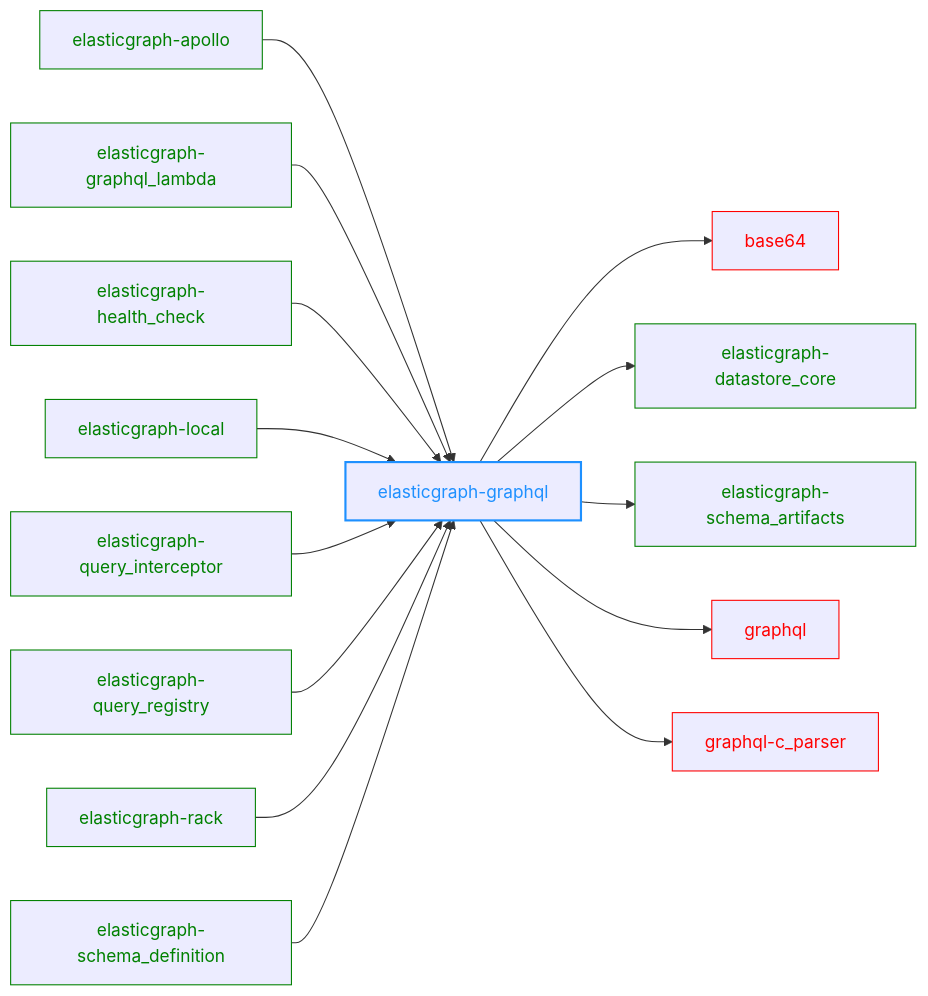
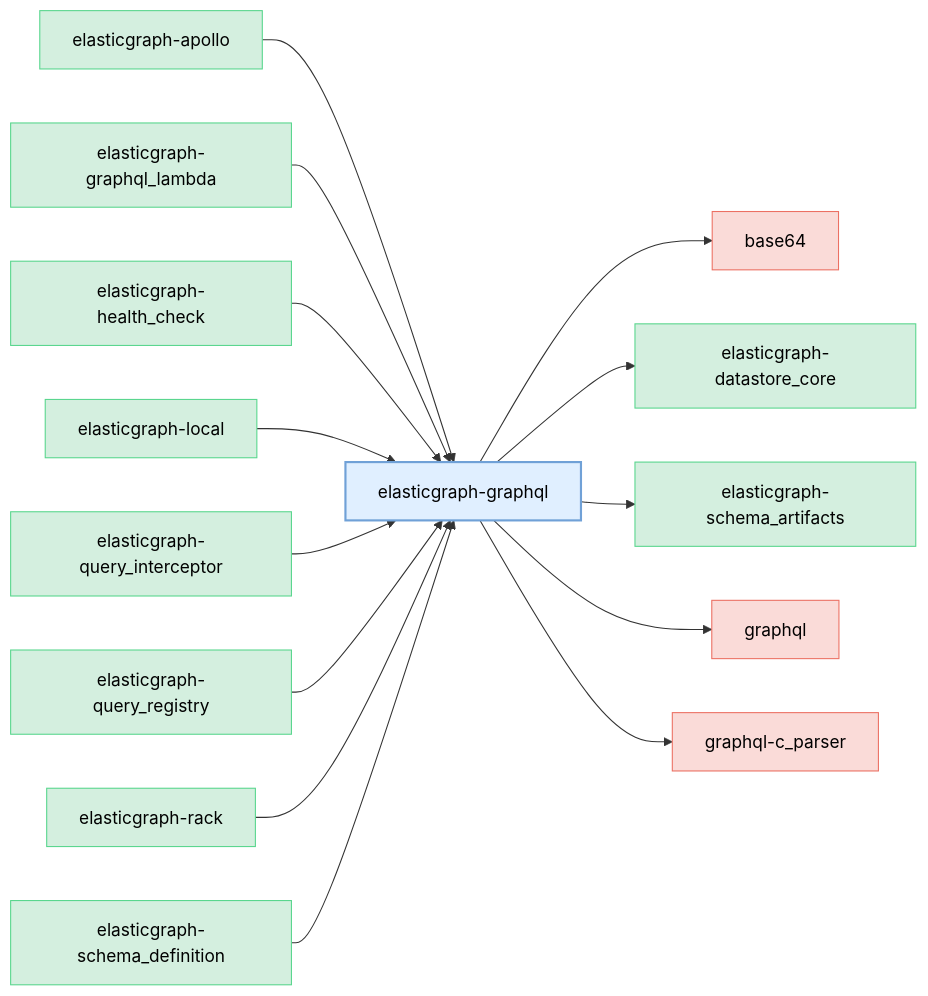
One commit to block/elasticgraph changed the diagram in elasticgraph-graphql/README.md. Above: the diagram before and after it, drawn with Mermaid. The commit also changed 23 other files, not shown here.

````diff
--- a/elasticgraph-graphql/README.md
+++ b/elasticgraph-graphql/README.md
@@ -7,47 +7,50 @@
 ```mermaid
 graph LR;
+    classDef currentGemStyle fill:#E0EFFF,stroke:#70A1D7,color:#000,stroke-width:2px;
+    classDef internalEgGemStyle fill:#D4EFDF,stroke:#58D68D,color:#000;
+    classDef externalGemStyle fill:#FADBD8,stroke:#EC7063,color:#000;
     elasticgraph-graphql["elasticgraph-graphql"];
+    class elasticgraph-graphql currentGemStyle;
     base64["base64"];
     elasticgraph-graphql --> base64;
+    class base64 externalGemStyle;
     elasticgraph-datastore_core["elasticgraph-datastore_core"];
     elasticgraph-graphql --> elasticgraph-datastore_core;
+    class elasticgraph-datastore_core internalEgGemStyle;
     elasticgraph-schema_artifacts["elasticgraph-schema_artifacts"];
     elasticgraph-graphql --> elasticgraph-schema_artifacts;
+    class elasticgraph-schema_artifacts internalEgGemStyle;
     graphql["graphql"];
     elasticgraph-graphql --> graphql;
+    class graphql externalGemStyle;
     graphql-c_parser["graphql-c_parser"];
     elasticgraph-graphql --> graphql-c_parser;
+    class graphql-c_parser externalGemStyle;
     elasticgraph-apollo["elasticgraph-apollo"];
     elasticgraph-apollo --> elasticgraph-graphql;
+    class elasticgraph-apollo internalEgGemStyle;
     elasticgraph-graphql_lambda["elasticgraph-graphql_lambda"];
     elasticgraph-graphql_lambda --> elasticgraph-graphql;
+    class elasticgraph-graphql_lambda internalEgGemStyle;
     elasticgraph-health_check["elasticgraph-health_check"];
     elasticgraph-health_check --> elasticgraph-graphql;
+    class elasticgraph-health_check internalEgGemStyle;
     elasticgraph-local["elasticgraph-local"];
     elasticgraph-local --> elasticgraph-graphql;
+    class elasticgraph-local internalEgGemStyle;
     elasticgraph-query_interceptor["elasticgraph-query_interceptor"];
     elasticgraph-query_interceptor --> elasticgraph-graphql;
+    class elasticgraph-query_interceptor internalEgGemStyle;
     elasticgraph-query_registry["elasticgraph-query_registry"];
     elasticgraph-query_registry --> elasticgraph-graphql;
+    class elasticgraph-query_registry internalEgGemStyle;
     elasticgraph-rack["elasticgraph-rack"];
     elasticgraph-rack --> elasticgraph-graphql;
+    class elasticgraph-rack internalEgGemStyle;
     elasticgraph-schema_definition["elasticgraph-schema_definition"];
     elasticgraph-schema_definition --> elasticgraph-graphql;
-    style elasticgraph-graphql color:DodgerBlue,stroke-width:2px,stroke:DodgerBlue;
-    style base64 color:Red,stroke:Red;
-    style elasticgraph-datastore_core color:Green,stroke:Green;
-    style elasticgraph-schema_artifacts color:Green,stroke:Green;
-    style graphql color:Red,stroke:Red;
-    style graphql-c_parser color:Red,stroke:Red;
-    style elasticgraph-apollo color:Green,stroke:Green;
-    style elasticgraph-graphql_lambda color:Green,stroke:Green;
-    style elasticgraph-health_check color:Green,stroke:Green;
-    style elasticgraph-local color:Green,stroke:Green;
-    style elasticgraph-query_interceptor color:Green,stroke:Green;
-    style elasticgraph-query_registry color:Green,stroke:Green;
-    style elasticgraph-rack color:Green,stroke:Green;
-    style elasticgraph-schema_definition color:Green,stroke:Green;
+    class elasticgraph-schema_definition internalEgGemStyle;
     click base64 href "https://rubygems.org/gems/base64" "Open on RubyGems.org" _blank;
     click graphql href "https://rubygems.org/gems/graphql" "Open on RubyGems.org" _blank;
     click graphql-c_parser href "https://rubygems.org/gems/graphql-c_parser" "Open on RubyGems.org" _blank;
 ```
````
